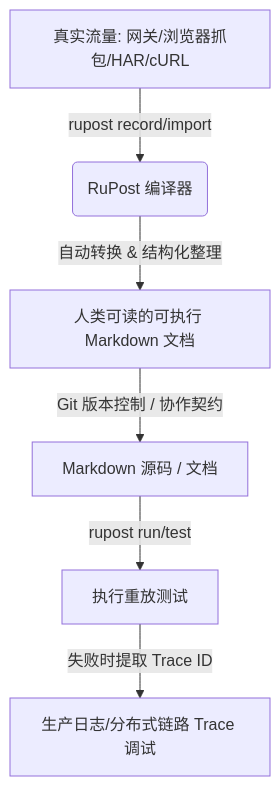
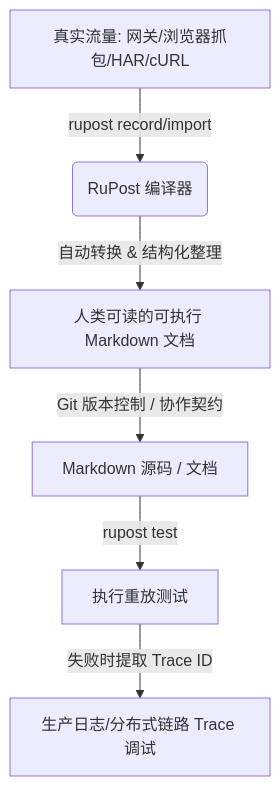
The first of 2 diagrams in doc/competition/traffic_replay_analysis.md (zseyen/rupost), drawn with Mermaid before and after one commit. The commit also changed 17 other files, not shown here.

````diff
--- a/doc/competition/traffic_replay_analysis.md
+++ b/doc/competition/traffic_replay_analysis.md
@@ -52,8 +52,8 @@
 ```mermaid
 graph TD
     A[真实流量: 网关/浏览器抓包/HAR/cURL] -->|rupost record/import| B(RuPost 编译器)
     B -->|自动转换 & 结构化整理| C[人类可读的可执行 Markdown 文档]
     C -->|Git 版本控制 / 协作契约| D[Markdown 源码 / 文档]
-    D -->|rupost run/test| E[执行重放测试]
+    D -->|rupost test| E[执行重放测试]
     E -->|失败时提取 Trace ID| F[生产日志/分布式链路 Trace 调试]
 ```
````
